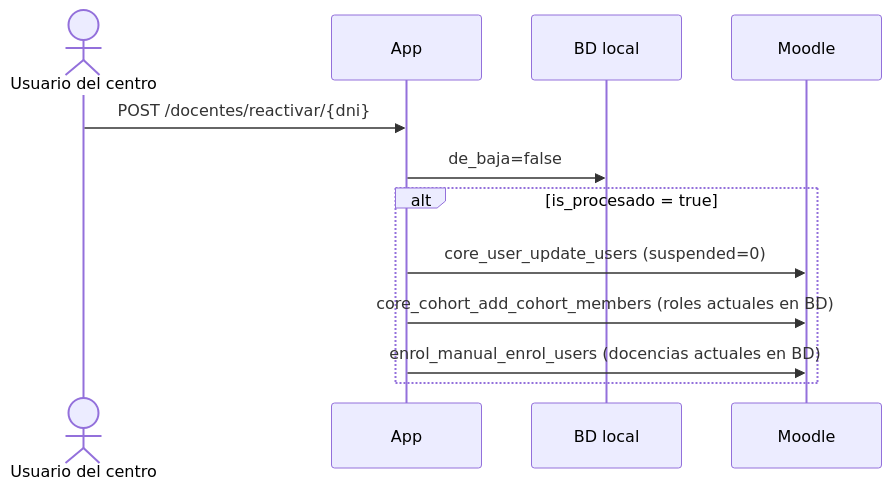
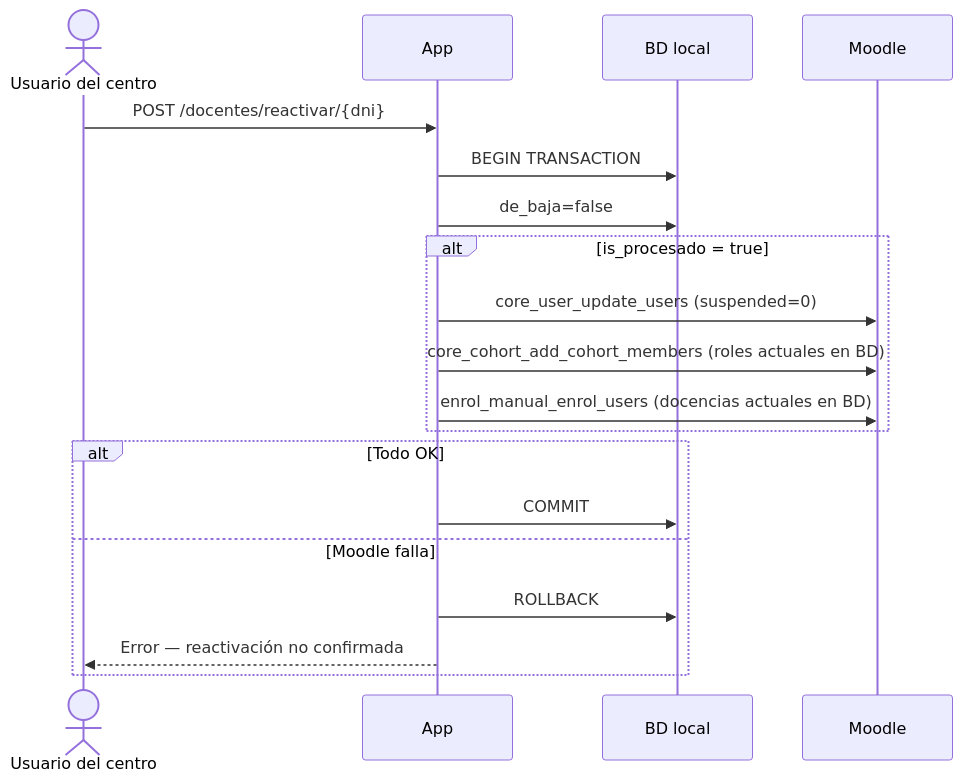
One commit to rsvisu/CD_fpVirtualGestionDocentes changed the fourth of 4 diagrams in docs/MOODLE.md. Above: the diagram before and after it, drawn with Mermaid. The commit also changed other lines of this file, not shown here.

Commit message:
docs(moodle): corregir diagramas y descripciones para reflejar comportamiento atómico

````diff
--- a/docs/MOODLE.md
+++ b/docs/MOODLE.md
@@ -135,16 +145,24 @@
 ```mermaid
 sequenceDiagram
     actor Usuario as Usuario del centro
     participant App
     participant BD as BD local
     participant Moodle
 
     Usuario->>App: POST /docentes/reactivar/{dni}
+    App->>BD: BEGIN TRANSACTION
     App->>BD: de_baja=false
 
     alt is_procesado = true
         App->>Moodle: core_user_update_users (suspended=0)
         App->>Moodle: core_cohort_add_cohort_members (roles actuales en BD)
         App->>Moodle: enrol_manual_enrol_users (docencias actuales en BD)
     end
+
+    alt Todo OK
+        App->>BD: COMMIT
+    else Moodle falla
+        App->>BD: ROLLBACK
+        App-->>Usuario: Error — reactivación no confirmada
+    end
 ```
````
